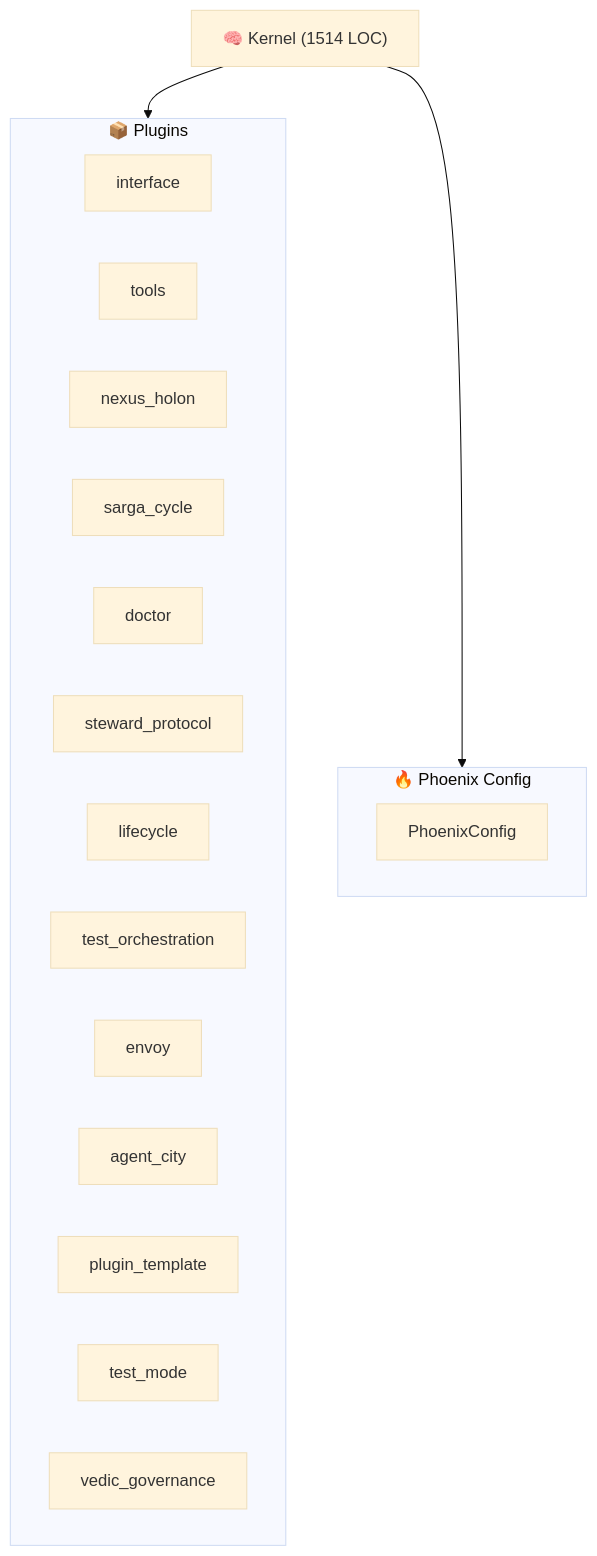
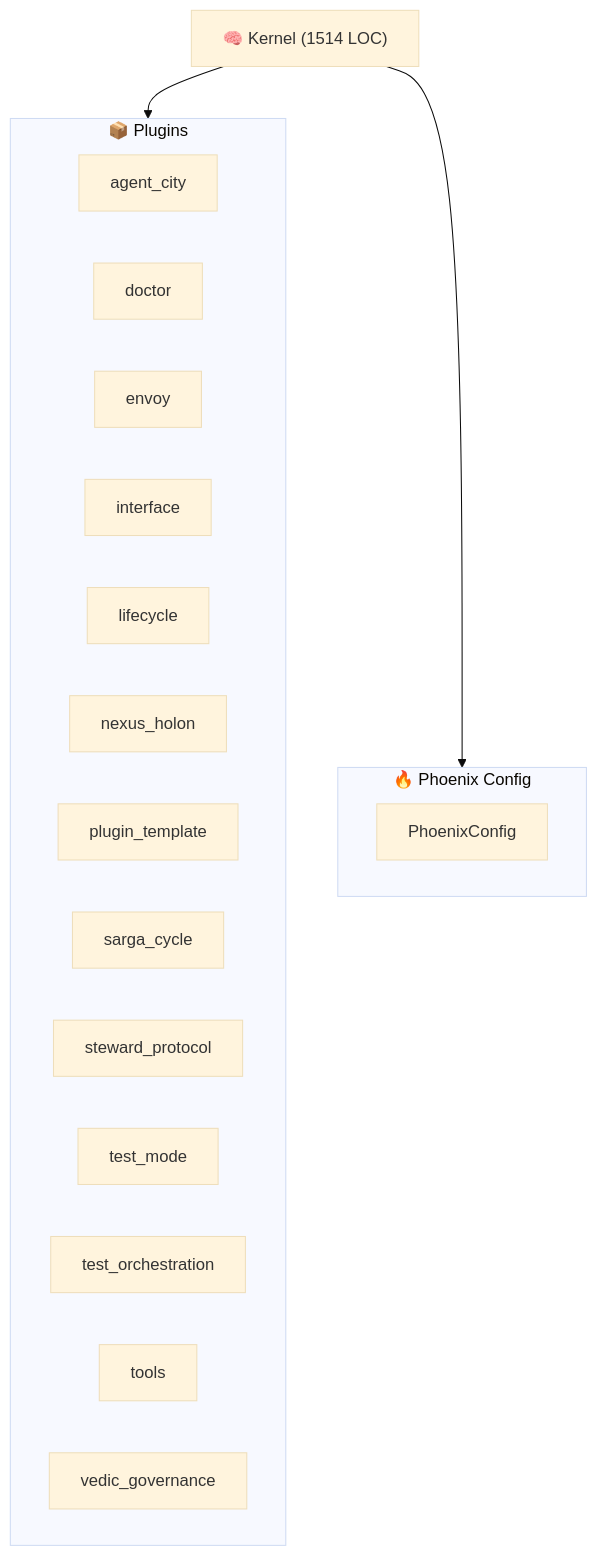
Before and after one commit to kimeisele/steward-protocol: the diagram in ARCHITECTURE.md, drawn with Mermaid (base theme). The commit also changed other lines of this file and 15 other files, not shown here.

````diff
--- a/ARCHITECTURE.md
+++ b/ARCHITECTURE.md
@@ -8,24 +8,24 @@
 ```mermaid
 graph TB
     K["🧠 Kernel (1514 LOC)"]
     subgraph Plugins["📦 Plugins"]
+        P_agent_city["agent_city"]
+        P_doctor["doctor"]
+        P_envoy["envoy"]
         P_interface["interface"]
+        P_lifecycle["lifecycle"]
+        P_nexus_holon["nexus_holon"]
+        P_plugin_template["plugin_template"]
+        P_sarga_cycle["sarga_cycle"]
+        P_steward_protocol["steward_protocol"]
+        P_test_mode["test_mode"]
+        P_test_orchestration["test_orchestration"]
         P_tools["tools"]
-        P_nexus_holon["nexus_holon"]
-        P_sarga_cycle["sarga_cycle"]
-        P_doctor["doctor"]
-        P_steward_protocol["steward_protocol"]
-        P_lifecycle["lifecycle"]
-        P_test_orchestration["test_orchestration"]
-        P_envoy["envoy"]
-        P_agent_city["agent_city"]
-        P_plugin_template["plugin_template"]
-        P_test_mode["test_mode"]
         P_vedic_governance["vedic_governance"]
     end
     K --> Plugins
     subgraph Config["🔥 Phoenix Config"]
         PC[PhoenixConfig]
     end
     K --> Config
 ```
````
